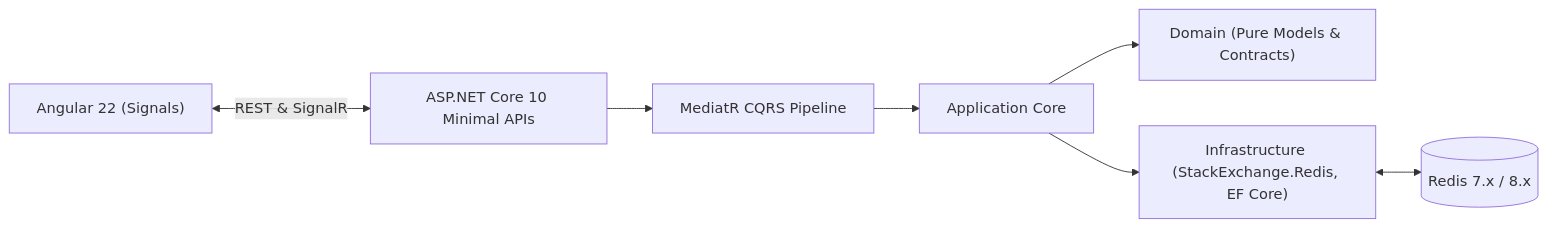
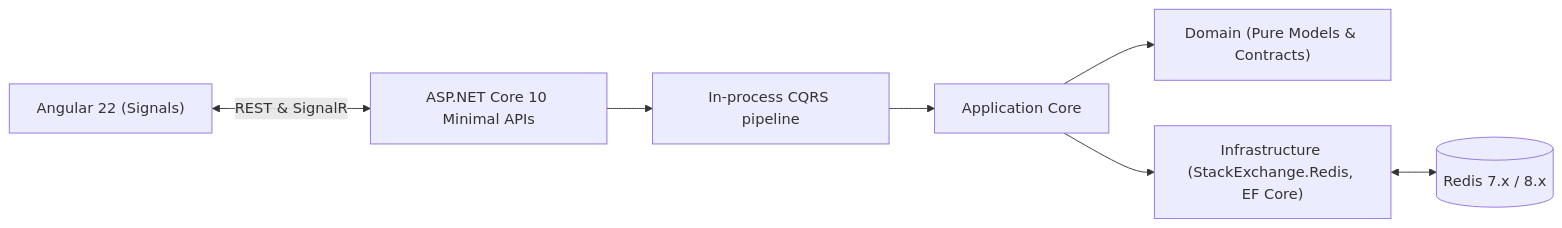
One commit to dellik95/redis-gui changed the diagram in README.md. Above: the diagram before and after it, drawn with Mermaid. The commit also changed other lines of this file and 136 other files, not shown here.

````diff
--- a/README.md
+++ b/README.md
@@ -121,9 +121,9 @@
 ```mermaid
 flowchart LR
     Client["Angular 22 (Signals)"] <-->|REST & SignalR| Server["ASP.NET Core 10 Minimal APIs"]
-    Server --> MediatR["MediatR CQRS Pipeline"]
-    MediatR --> App["Application Core"]
+    Server --> Mediator["In-process CQRS pipeline"]
+    Mediator --> App["Application Core"]
     App --> Domain["Domain (Pure Models & Contracts)"]
     App --> Infra["Infrastructure (StackExchange.Redis, EF Core)"]
     Infra <--> Redis[("Redis 7.x / 8.x")]
 ```
````
